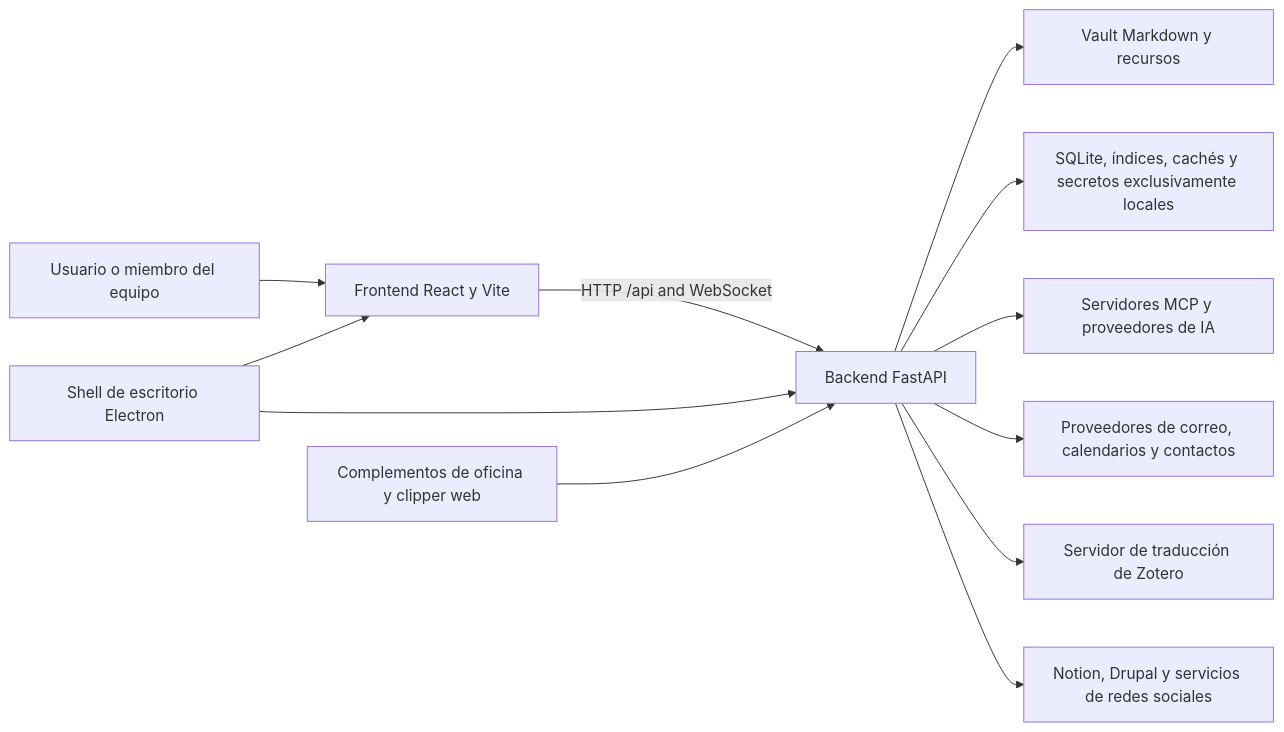
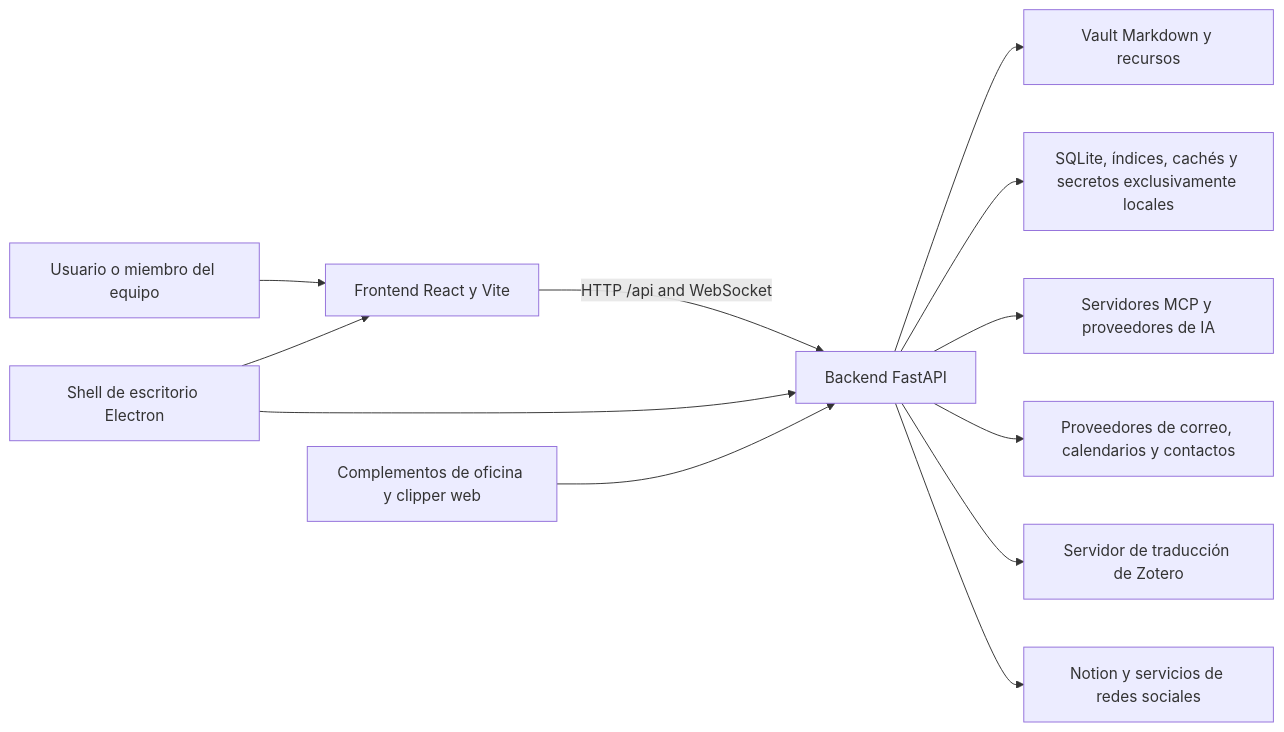
One commit to ismigar/Gnosi changed the diagram in docs/engineering-es/architecture/system-context.md. Above: the diagram before and after it, drawn with Mermaid. The commit also changed other lines of this file and 203 other files, not shown here.

````diff
--- a/docs/engineering-es/architecture/system-context.md
+++ b/docs/engineering-es/architecture/system-context.md
@@ -33,14 +33,14 @@
 ```mermaid
 flowchart LR
     User["Usuario o miembro del equipo"] --> UI["Frontend React y Vite"]
     UI -->|HTTP /api and WebSocket| API["Backend FastAPI"]
     API --> Vault["Vault Markdown y recursos"]
     API --> Local["SQLite, índices, cachés y secretos exclusivamente locales"]
     API --> MCP["Servidores MCP y proveedores de IA"]
     API --> Comms["Proveedores de correo, calendarios y contactos"]
     API --> Zotero["Servidor de traducción de Zotero"]
-    API --> Publish["Notion, Drupal y servicios de redes sociales"]
+    API --> Publish["Notion y servicios de redes sociales"]
     Desktop["Shell de escritorio Electron"] --> UI
     Desktop --> API
     Office["Complementos de oficina y clipper web"] --> API
 ```
````
